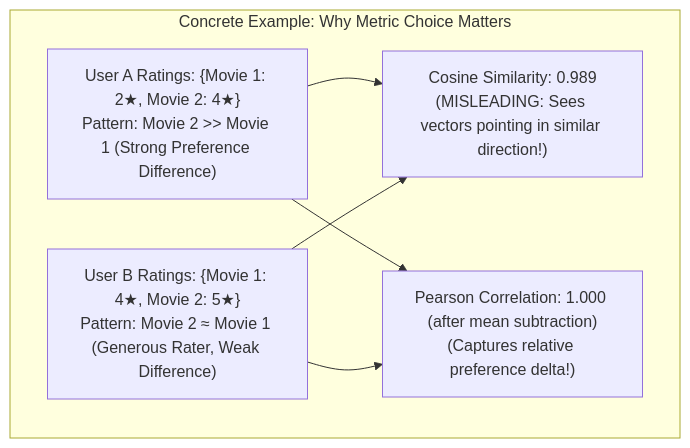
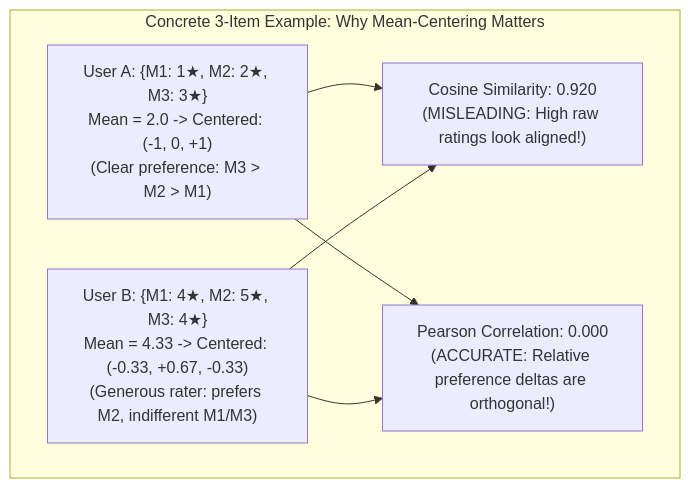
The third of 18 diagrams in System_Design/01_Recommendation_Systems/Part_1_Retrieval_and_Candidate_Generation.md (jyotipmahes/ML-Interview-Prep), drawn with Mermaid before and after one commit. The commit also changed other lines of this file, not shown here.

````diff
--- a/System_Design/01_Recommendation_Systems/Part_1_Retrieval_and_Candidate_Generation.md
+++ b/System_Design/01_Recommendation_Systems/Part_1_Retrieval_and_Candidate_Generation.md
@@ -177,13 +222,13 @@
 ```mermaid
 flowchart TD
-    subgraph MetricComparison ["Concrete Example: Why Metric Choice Matters"]
-        UserA["User A Ratings: {Movie 1: 2★, Movie 2: 4★}<br/>Pattern: Movie 2 >> Movie 1 (Strong Preference Difference)"]
-        UserB["User B Ratings: {Movie 1: 4★, Movie 2: 5★}<br/>Pattern: Movie 2 ≈ Movie 1 (Generous Rater, Weak Difference)"]
-        
-        UserA --> Cos["Cosine Similarity: 0.989<br/>(MISLEADING: Sees vectors pointing in similar direction!)"]
+    subgraph MetricComparison ["Concrete 3-Item Example: Why Mean-Centering Matters"]
+        UserA["User A: {M1: 1★, M2: 2★, M3: 3★}<br/>Mean = 2.0 -> Centered: (-1, 0, +1)<br/>(Clear preference: M3 > M2 > M1)"]
+        UserB["User B: {M1: 4★, M2: 5★, M3: 4★}<br/>Mean = 4.33 -> Centered: (-0.33, +0.67, -0.33)<br/>(Generous rater: prefers M2, indifferent M1/M3)"]
+
+        UserA --> Cos["Cosine Similarity: 0.920<br/>(MISLEADING: High raw ratings look aligned!)"]
         UserB --> Cos
-        
-        UserA --> Pearson["Pearson Correlation: 1.000 (after mean subtraction)<br/>(Captures relative preference delta!)"]
+
+        UserA --> Pearson["Pearson Correlation: 0.000<br/>(ACCURATE: Relative preference deltas are orthogonal!)"]
         UserB --> Pearson
     end
 ```
````
